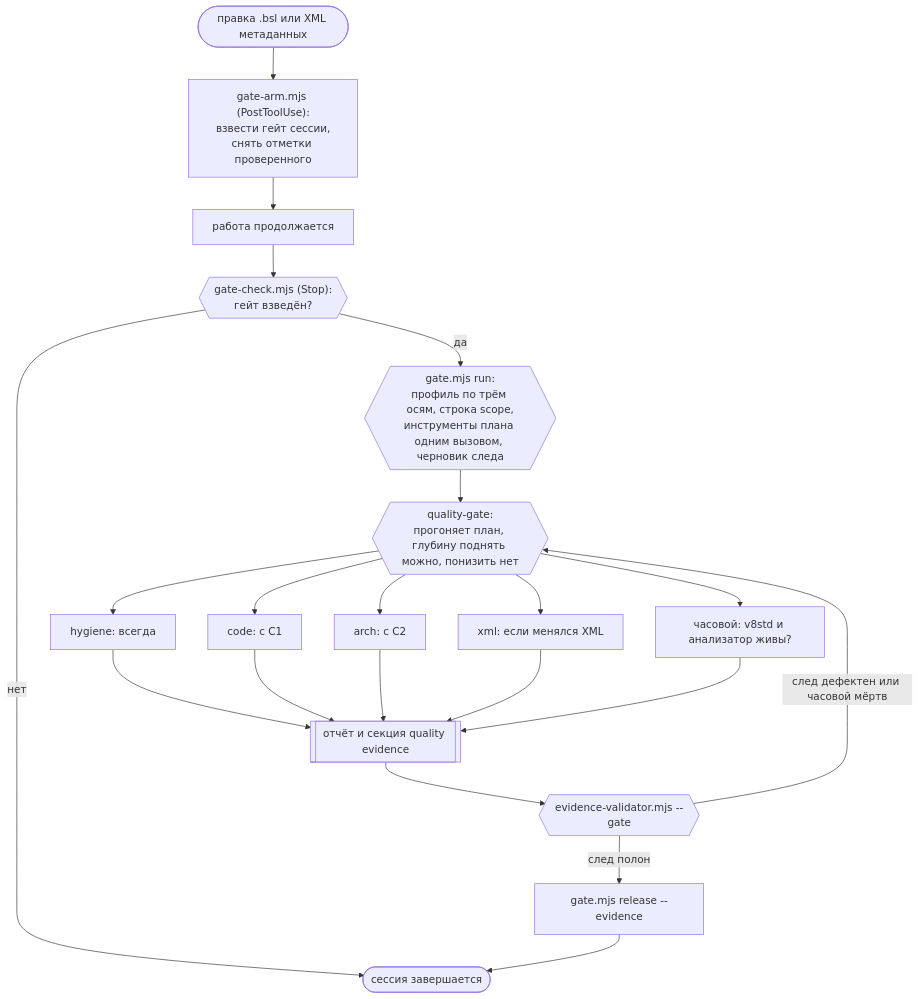
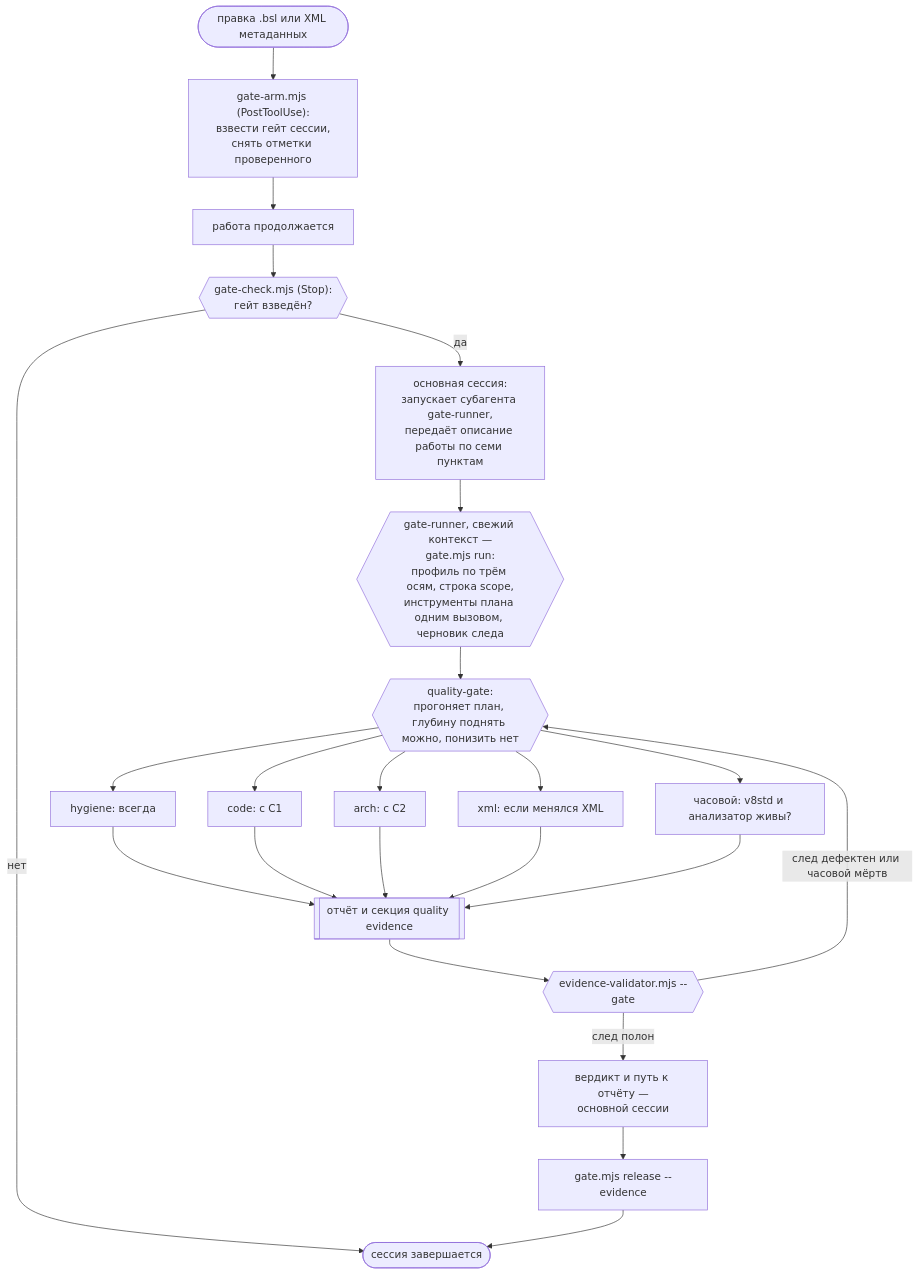
Before and after one commit to Romandredan/1c-quality-gate: the diagram in README.md, drawn with Mermaid. The commit also changed other lines of this file and 12 other files, not shown here.

First line of the commit message:
feat: гейт исполняет субагент gate-runner — хук передаёт ему описание работы (#31)

````diff
--- a/README.md
+++ b/README.md
@@ -411,23 +412,25 @@
 ```mermaid
 flowchart TD
     EDIT([правка .bsl или XML метаданных]) --> ARM["gate-arm.mjs (PostToolUse):<br/>взвести гейт сессии,<br/>снять отметки проверенного"]
     ARM --> WORK[работа продолжается]
     WORK --> STOP{{"gate-check.mjs (Stop):<br/>гейт взведён?"}}
     STOP -->|нет| DONE([сессия завершается])
-    STOP -->|да| PLAN{{"gate.mjs run:<br/>профиль по трём осям, строка scope,<br/>инструменты плана одним вызовом, черновик следа"}}
+    STOP -->|да| HAND["основная сессия:<br/>запускает субагента gate-runner,<br/>передаёт описание работы по семи пунктам"]
+    HAND --> PLAN{{"gate-runner, свежий контекст —<br/>gate.mjs run:<br/>профиль по трём осям, строка scope,<br/>инструменты плана одним вызовом, черновик следа"}}
     PLAN --> ORCH{{"quality-gate:<br/>прогоняет план, глубину поднять можно, понизить нет"}}
     ORCH --> HYG["hygiene: всегда"]
     ORCH --> CODE["code: с C1"]
     ORCH --> ARCH["arch: с C2"]
     ORCH --> XML["xml: если менялся XML"]
     ORCH --> SENT["часовой: v8std и анализатор живы?"]
     HYG --> EV[["отчёт и секция quality evidence"]]
     CODE --> EV
     ARCH --> EV
     XML --> EV
     SENT --> EV
     EV --> VAL{{"evidence-validator.mjs --gate"}}
     VAL -->|"след дефектен или часовой мёртв"| ORCH
-    VAL -->|след полон| REL["gate.mjs release --evidence"]
+    VAL -->|след полон| BACK["вердикт и путь к отчёту —<br/>основной сессии"]
+    BACK --> REL["gate.mjs release --evidence"]
     REL --> DONE
 ```
````
